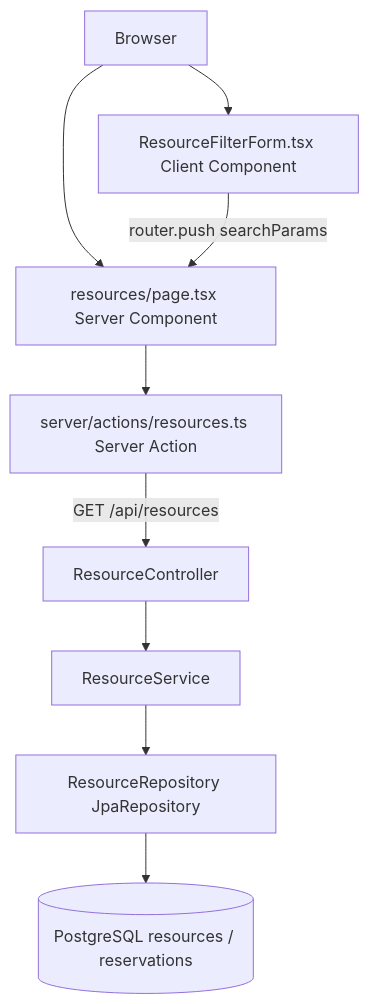
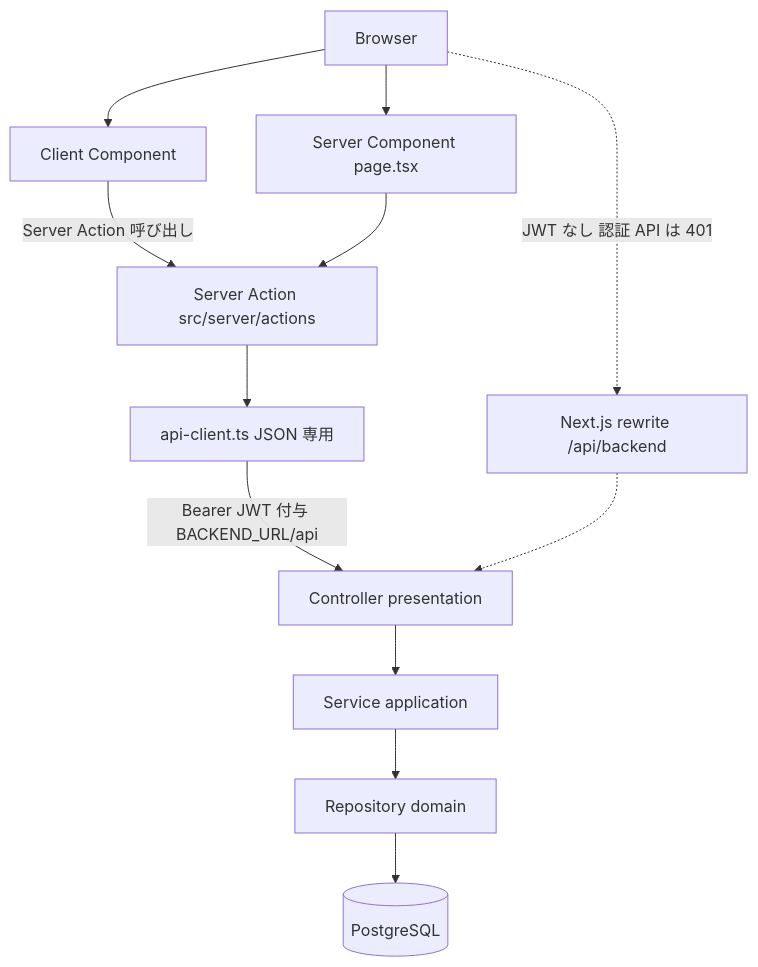
The first of 2 diagrams in Docs/spec/aidlc-docs/inception/reverse-engineering/architecture.md (CHS-Training-Org/ai_training_for_chuo_system), drawn with Mermaid before and after one commit. The commit also changed other lines of this file and 28 other files, not shown here.

````diff
--- a/Docs/spec/aidlc-docs/inception/reverse-engineering/architecture.md
+++ b/Docs/spec/aidlc-docs/inception/reverse-engineering/architecture.md
@@ -9,19 +9,24 @@
 ```mermaid
 flowchart TD
     Browser["Browser"]
-    Page["resources/page.tsx Server Component"]
-    Form["ResourceFilterForm.tsx Client Component"]
-    Action["server/actions/resources.ts Server Action"]
-    Ctrl["ResourceController"]
-    Svc["ResourceService"]
-    Repo["ResourceRepository JpaRepository"]
-    DB[("PostgreSQL resources / reservations")]
+    Page["Server Component page.tsx"]
+    Client["Client Component"]
+    Action["Server Action src/server/actions"]
+    ApiClient["api-client.ts JSON 専用"]
+    Rewrite["Next.js rewrite /api/backend"]
+    Ctrl["Controller presentation"]
+    Svc["Service application"]
+    Repo["Repository domain"]
+    DB[("PostgreSQL")]
     Browser --> Page
-    Browser --> Form
-    Form -->|"router.push searchParams"| Page
+    Browser --> Client
+    Client -->|"Server Action 呼び出し"| Action
     Page --> Action
-    Action -->|"GET /api/resources"| Ctrl
+    Action --> ApiClient
+    ApiClient -->|"Bearer JWT 付与 BACKEND_URL/api"| Ctrl
+    Browser -.->|"JWT なし 認証 API は 401"| Rewrite
+    Rewrite -.-> Ctrl
     Ctrl --> Svc
     Svc --> Repo
     Repo --> DB
 ```
````
